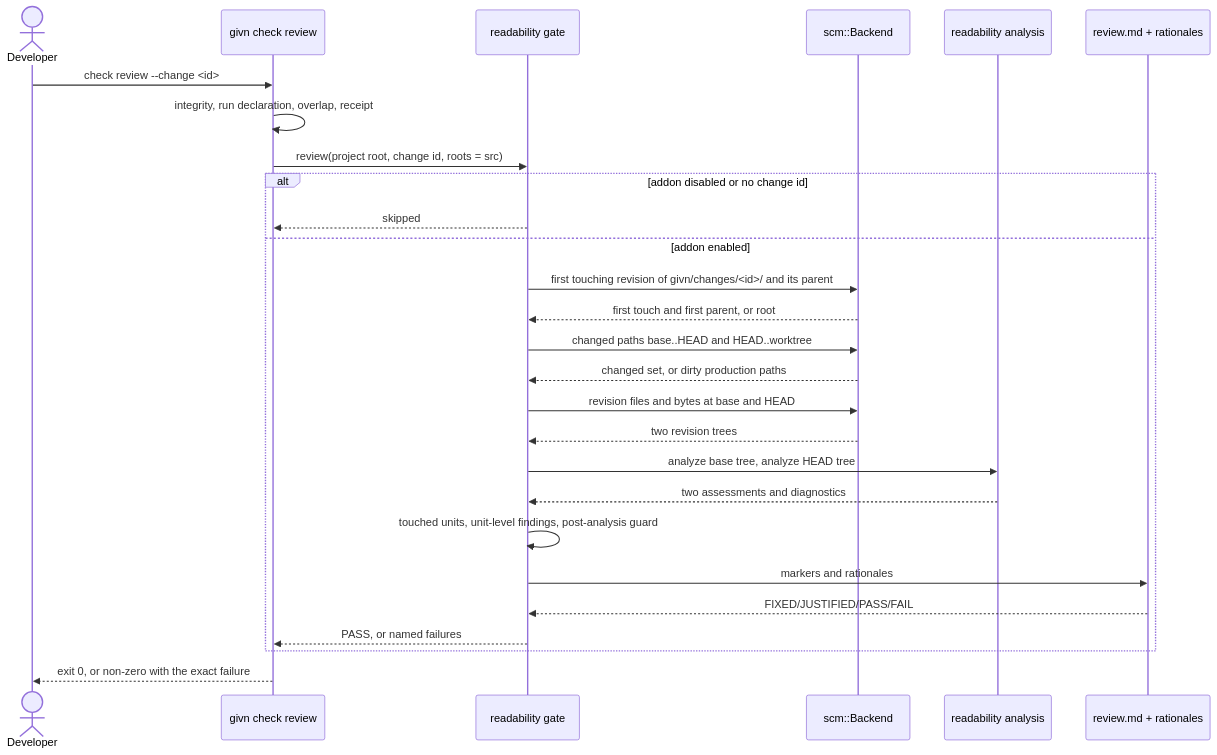
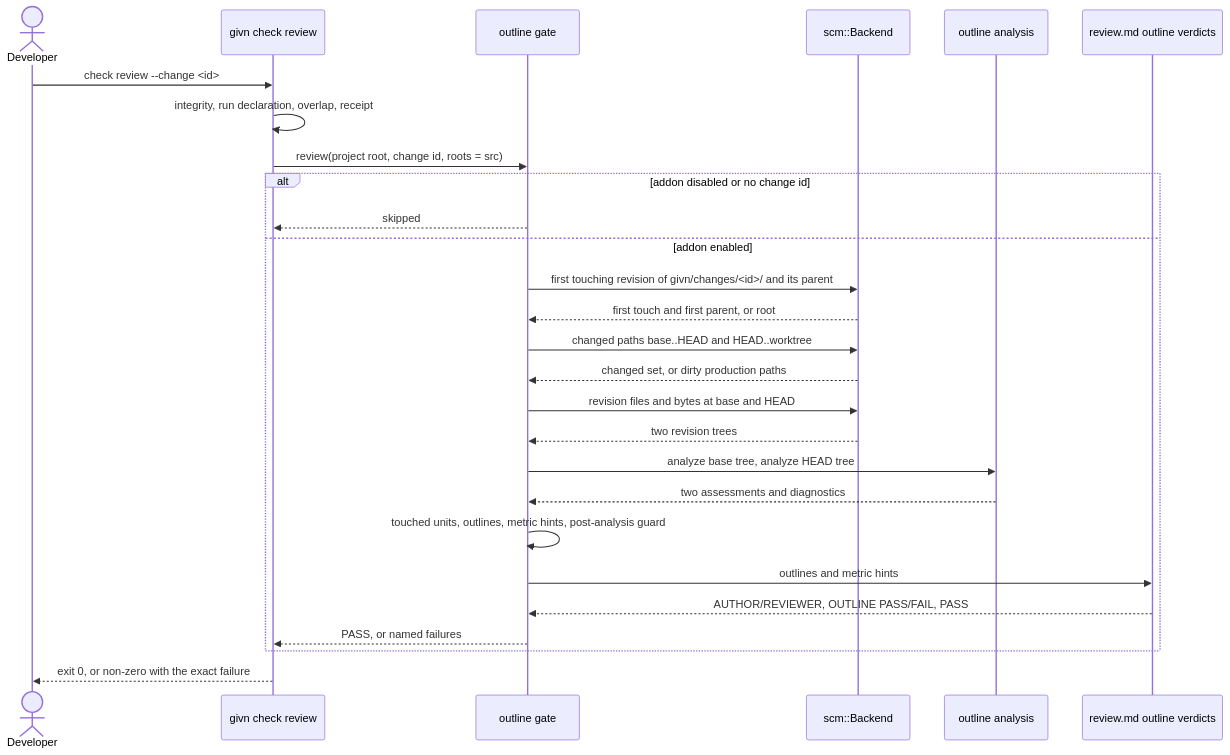
One commit to buster/givn changed the sixth of 6 diagrams in docs/arc42/06-runtime-view.md. Above: the diagram before and after it, drawn with Mermaid. The commit also changed other lines of this file and 13 other files, not shown here.

First line of the commit message:
docs(arc42): record the outline addon and outline-first gate

````diff
--- a/docs/arc42/06-runtime-view.md
+++ b/docs/arc42/06-runtime-view.md
@@ -789,29 +790,29 @@
 ```mermaid
 sequenceDiagram
   actor Developer
   participant CHECK as givn check review
-  participant GATE as readability gate
+  participant GATE as outline gate
   participant SCM as scm::Backend
-  participant AN as readability analysis
-  participant REVIEW as review.md + rationales
+  participant AN as outline analysis
+  participant REVIEW as review.md outline verdicts
   Developer->>CHECK: check review --change <id>
   CHECK->>CHECK: integrity, run declaration, overlap, receipt
   CHECK->>GATE: review(project root, change id, roots = src)
   alt addon disabled or no change id
     GATE-->>CHECK: skipped
   else addon enabled
     GATE->>SCM: first touching revision of givn/changes/<id>/ and its parent
     SCM-->>GATE: first touch and first parent, or root
     GATE->>SCM: changed paths base..HEAD and HEAD..worktree
     SCM-->>GATE: changed set, or dirty production paths
     GATE->>SCM: revision files and bytes at base and HEAD
     SCM-->>GATE: two revision trees
     GATE->>AN: analyze base tree, analyze HEAD tree
     AN-->>GATE: two assessments and diagnostics
-    GATE->>GATE: touched units, unit-level findings, post-analysis guard
-    GATE->>REVIEW: markers and rationales
-    REVIEW-->>GATE: FIXED/JUSTIFIED/PASS/FAIL
+    GATE->>GATE: touched units, outlines, metric hints, post-analysis guard
+    GATE->>REVIEW: outlines and metric hints
+    REVIEW-->>GATE: AUTHOR/REVIEWER, OUTLINE PASS/FAIL, PASS
     GATE-->>CHECK: PASS, or named failures
   end
   CHECK-->>Developer: exit 0, or non-zero with the exact failure
 ```
````
